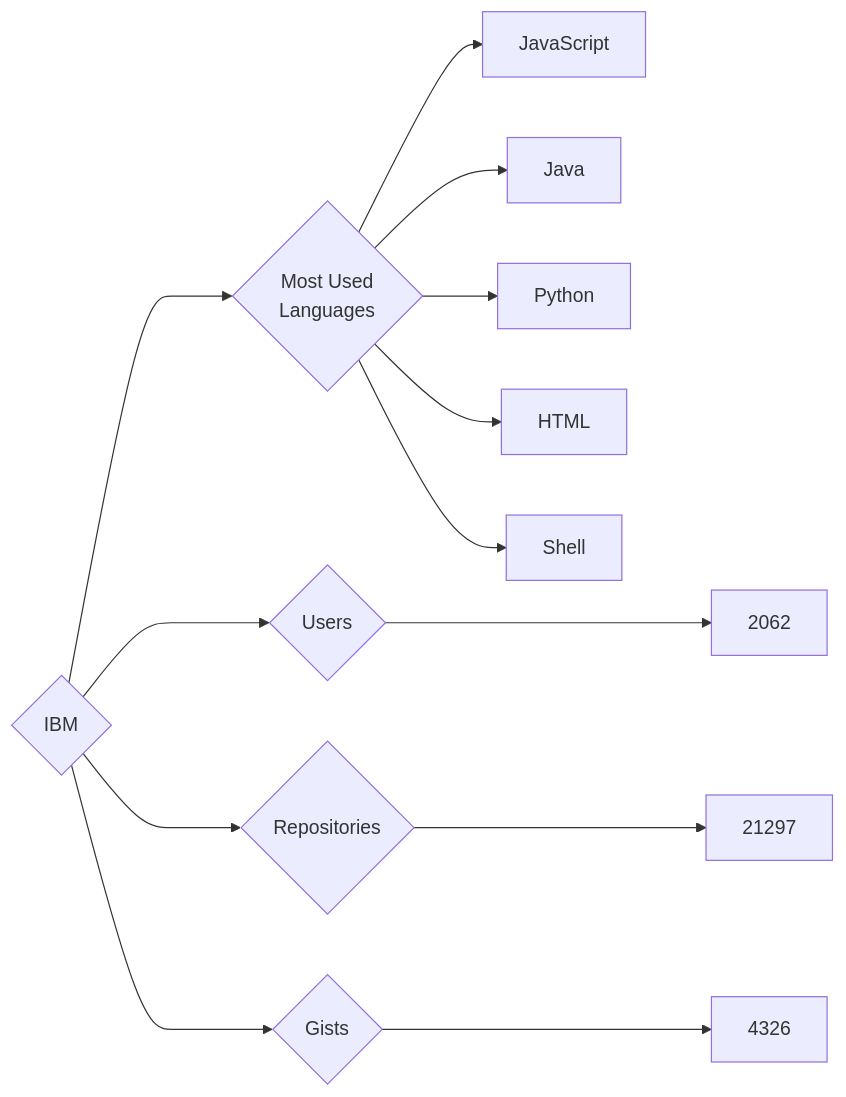
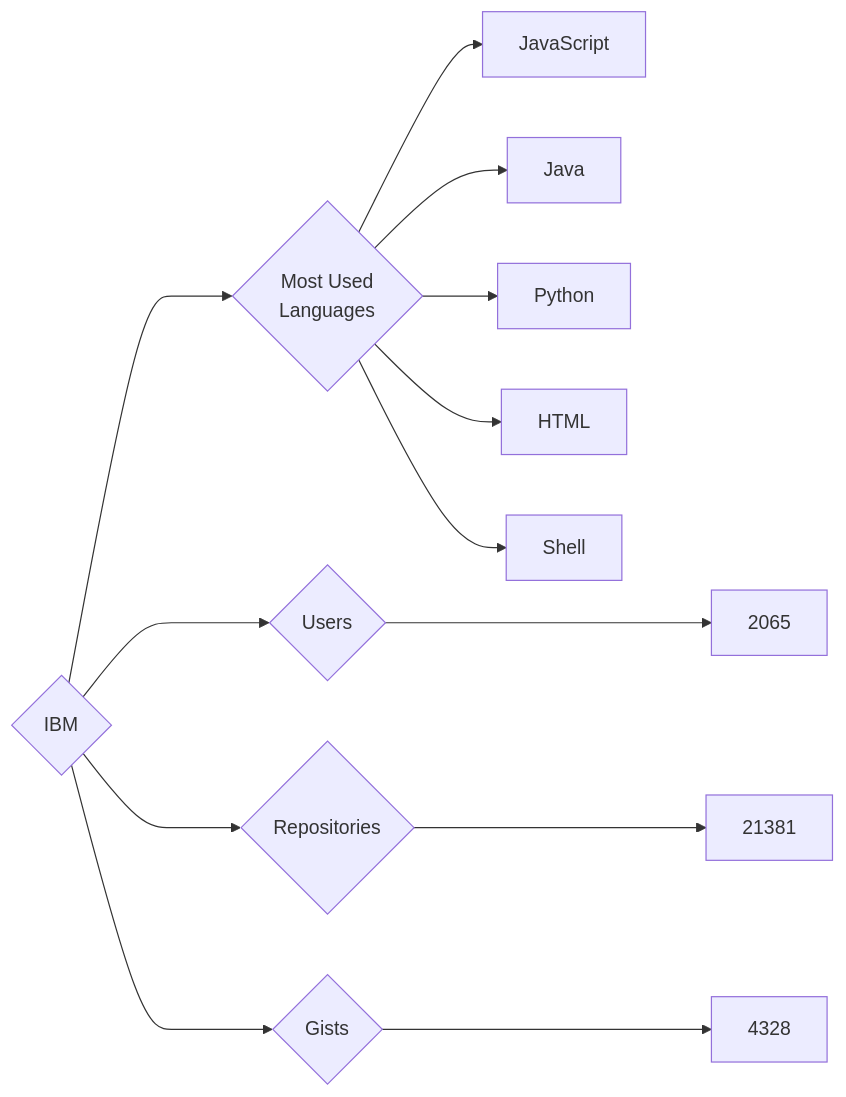
The diagram in targets/IBM/README.md (trickest/insiders), drawn with Mermaid before and after one commit. The commit also changed 782 other files, not shown here.

````diff
--- a/targets/IBM/README.md
+++ b/targets/IBM/README.md
@@ -3,13 +3,13 @@
 ```mermaid
 graph LR
 COMPANY_NAME{IBM}
-COMPANY_NAME ---> U{Users} ---> UN[2062]
-COMPANY_NAME ---> R{Repositories} ---> RN[21297]
-COMPANY_NAME ---> G{Gists} ---> GN[4326]
+COMPANY_NAME ---> U{Users} ---> UN[2065]
+COMPANY_NAME ---> R{Repositories} ---> RN[21381]
+COMPANY_NAME ---> G{Gists} ---> GN[4328]
 COMPANY_NAME ---> ML{Most Used<br>Languages}
 ML --> JavaScript[JavaScript]
 ML --> Java[Java]
 ML --> Python[Python]
 ML --> HTML[HTML]
 ML --> Shell[Shell]
 ```
````
